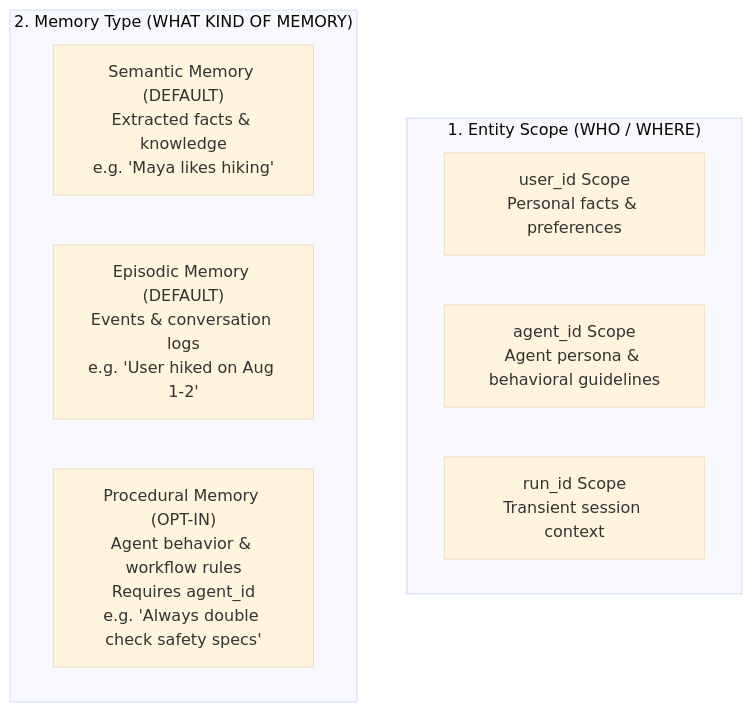
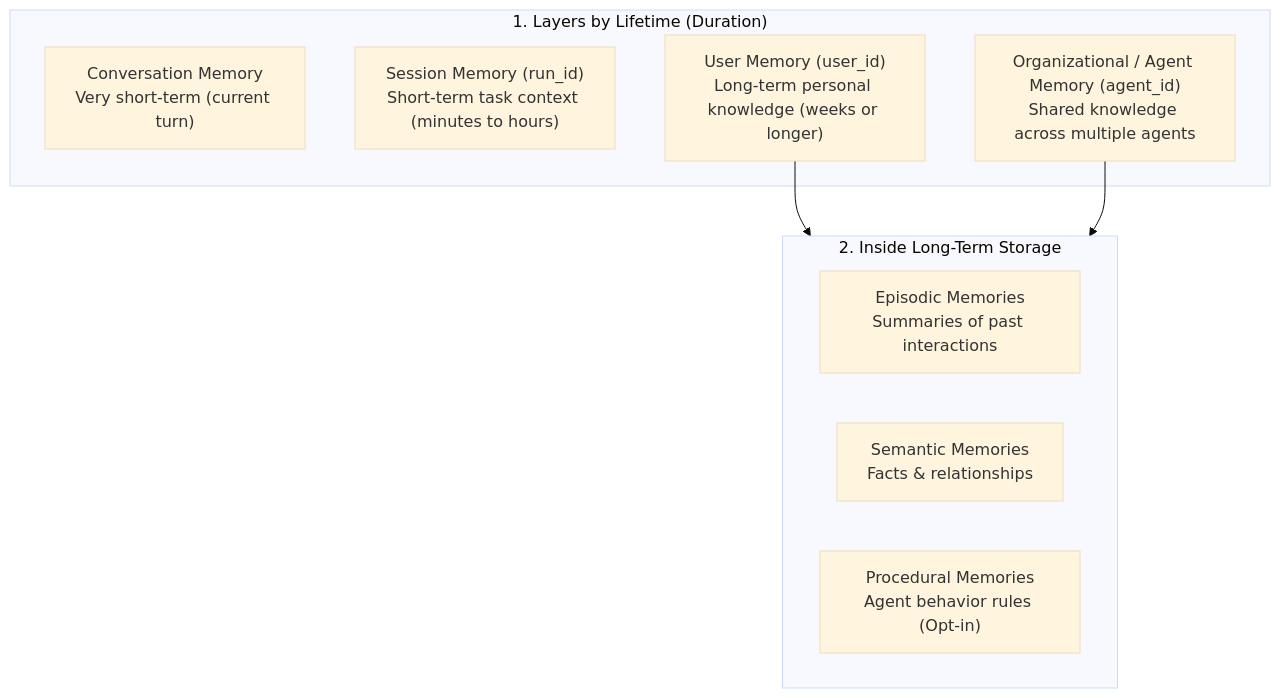
Before and after one commit to SangeethaKumari/mem0_lite: the first of 3 diagrams in docs/mem0_friends_demo_overview.md, drawn with Mermaid (base theme). The commit also changed other lines of this file and 1 other file, not shown here.

Commit message:
add section clarifying Mem0 lifetime memory layers vs classic long-term storage types

````diff
--- a/docs/mem0_friends_demo_overview.md
+++ b/docs/mem0_friends_demo_overview.md
@@ -29,14 +29,17 @@
 ```mermaid
 graph TD
-    subgraph Dimension1 ["1. Entity Scope (WHO / WHERE)"]
-        U_ID["user_id Scope<br/>Personal facts & preferences"]
-        A_ID["agent_id Scope<br/>Agent persona & behavioral guidelines"]
-        R_ID["run_id Scope<br/>Transient session context"]
+    subgraph Lifetimes ["1. Layers by Lifetime (Duration)"]
+        C_MEM["Conversation Memory<br/>Very short-term (current turn)"]
+        S_MEM["Session Memory (run_id)<br/>Short-term task context (minutes to hours)"]
+        U_MEM["User Memory (user_id)<br/>Long-term personal knowledge (weeks or longer)"]
+        O_MEM["Organizational / Agent Memory (agent_id)<br/>Shared knowledge across multiple agents"]
     end
 
-    subgraph Dimension2 ["2. Memory Type (WHAT KIND OF MEMORY)"]
-        SEM["Semantic Memory (DEFAULT)<br/>Extracted facts & knowledge<br/>e.g. 'Maya likes hiking'"]
-        EPI["Episodic Memory (DEFAULT)<br/>Events & conversation logs<br/>e.g. 'User hiked on Aug 1-2'"]
-        PRO["Procedural Memory (OPT-IN)<br/>Agent behavior & workflow rules<br/>Requires agent_id<br/>e.g. 'Always double check safety specs'"]
+    subgraph InsideLongTerm ["2. Inside Long-Term Storage"]
+        EPI["Episodic Memories<br/>Summaries of past interactions"]
+        SEM["Semantic Memories<br/>Facts & relationships"]
+        PRO["Procedural Memories<br/>Agent behavior rules (Opt-in)"]
     end
+
+    U_MEM & O_MEM --> InsideLongTerm
 ```
````
